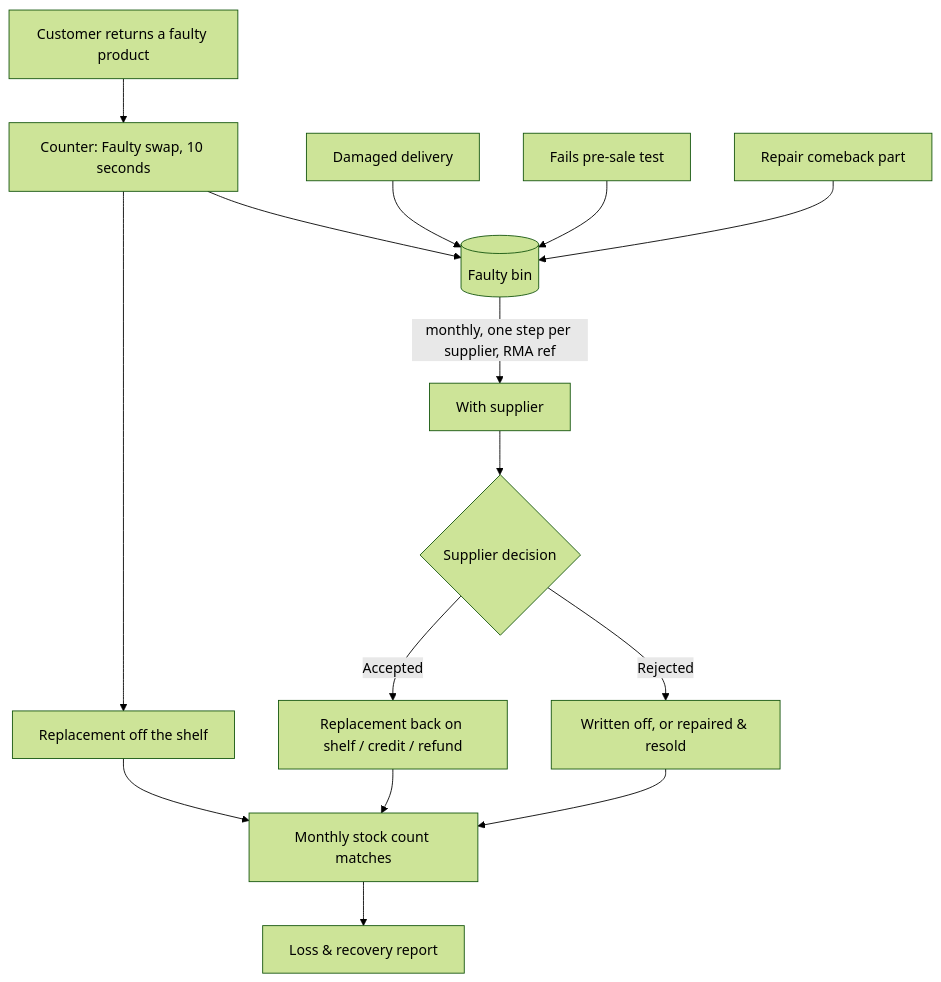
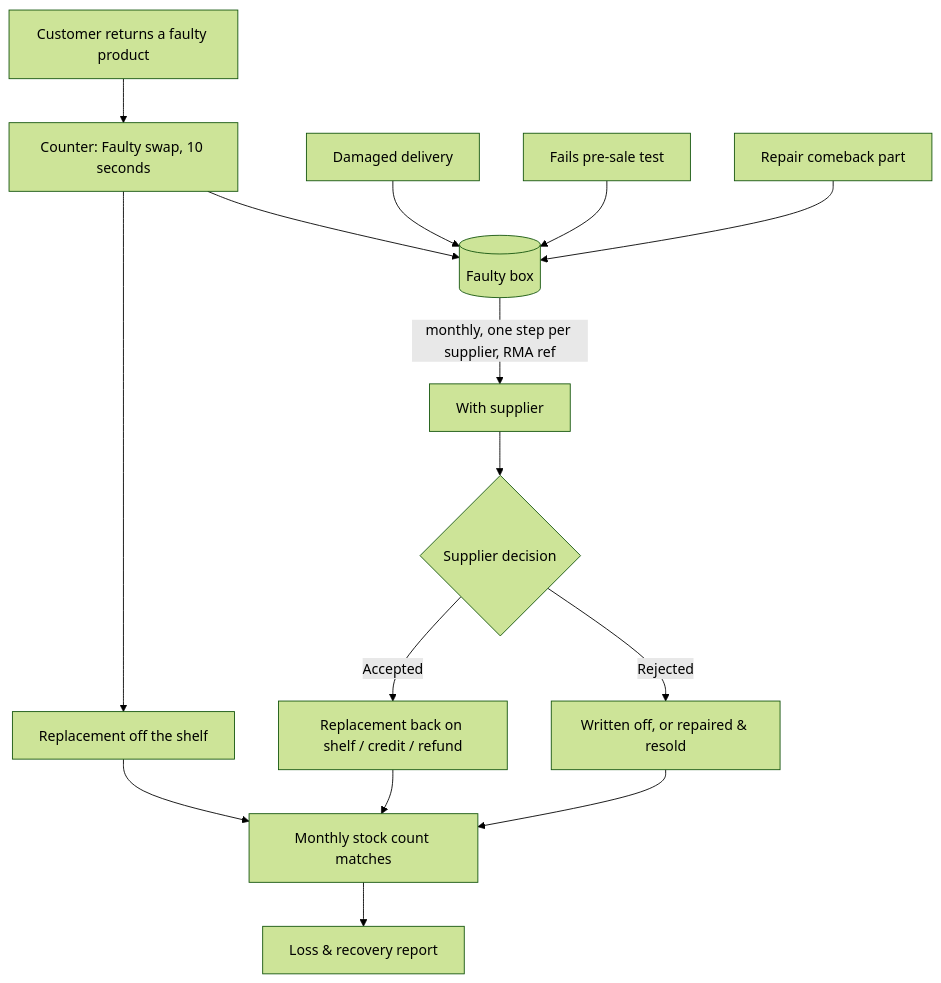
One commit to sanjayprakash-git/returns-tracker changed the third of 3 diagrams in docs/requirements.md. Above: the diagram before and after it, drawn with Mermaid (forest theme). The commit also changed other lines of this file and 23 other files, not shown here.

Commit message:
Simplify to four pages (Counter, Faulty box, Stock, Money), plain wording, one-search counter; fix chart series

````diff
--- a/docs/requirements.md
+++ b/docs/requirements.md
@@ -224,15 +225,15 @@
 ```mermaid
 flowchart TD
     A[Customer returns a faulty product] --> B[Counter: Faulty swap, 10 seconds]
     B --> C[Replacement off the shelf]
-    B --> D[(Faulty bin)]
+    B --> D[(Faulty box)]
     E[Damaged delivery] --> D
     F[Fails pre-sale test] --> D
     G[Repair comeback part] --> D
     D -->|monthly, one step per supplier, RMA ref| H[With supplier]
     H --> I{Supplier decision}
     I -->|Accepted| J[Replacement back on shelf / credit / refund]
     I -->|Rejected| K[Written off, or repaired & resold]
     C & J & K --> L[Monthly stock count matches]
     L --> M[Loss & recovery report]
 ```
````
